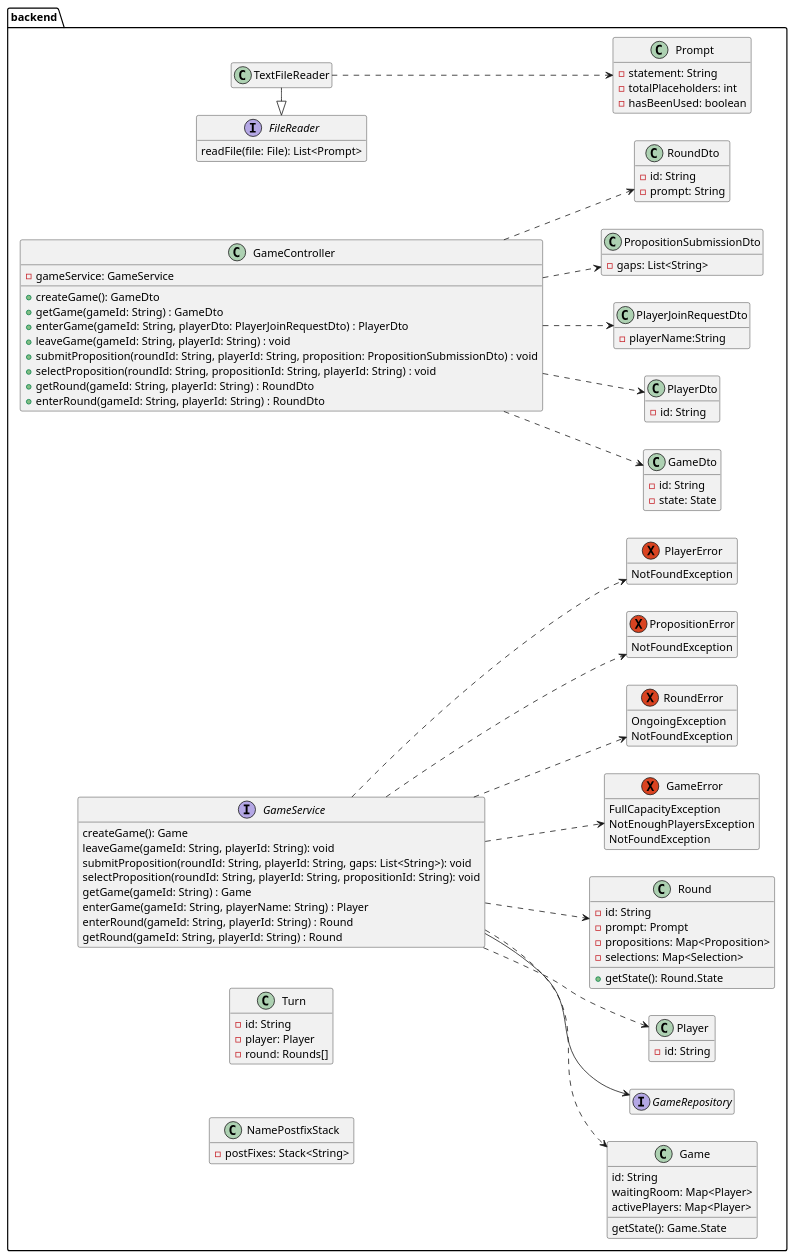
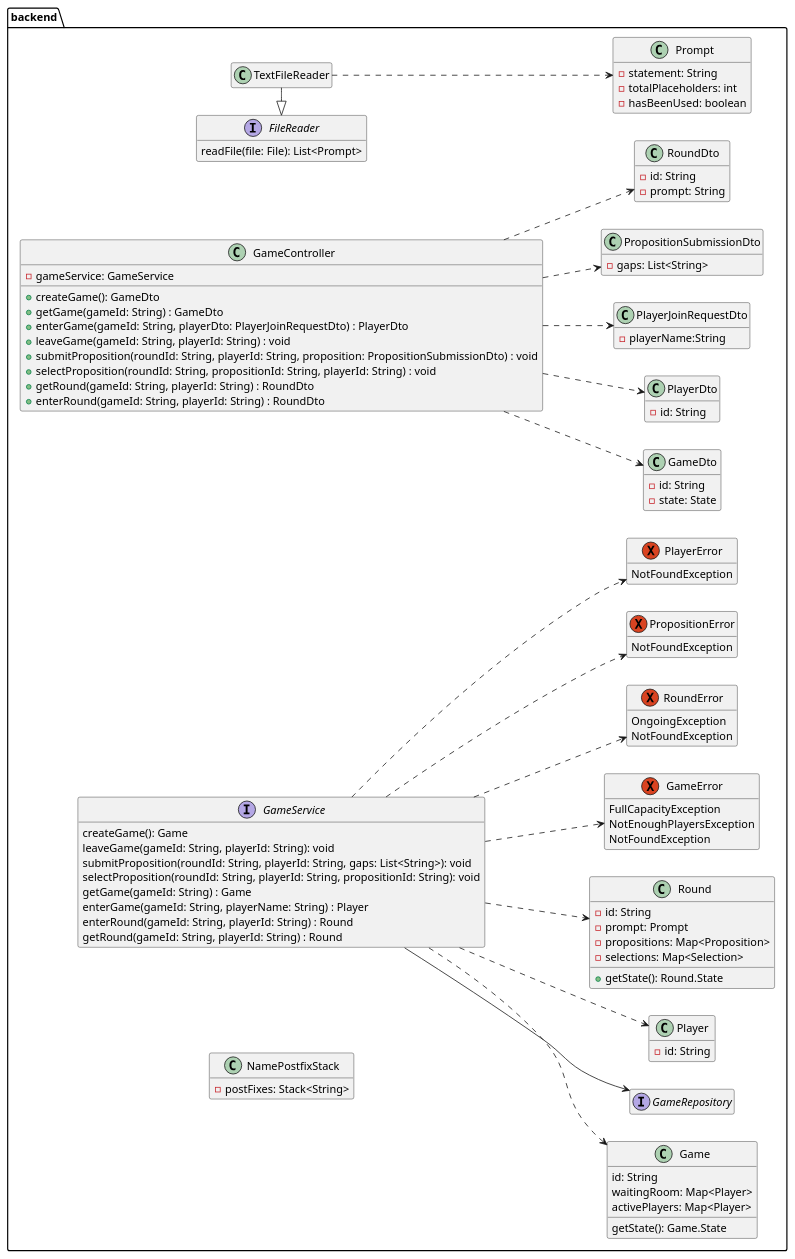
Before and after one commit to patrickwinti/worldwidewalter: the diagram in docs/diagrams/class_diagramm.plantuml, drawn with PlantUML.

Commit message:
deleted turn-class from uml

```diff
--- a/docs/diagrams/class_diagramm.plantuml
+++ b/docs/diagrams/class_diagramm.plantuml
@@ -1,116 +1,111 @@
 @startuml
 package backend{
     left to right direction
 
     hide empty members
     class GameController {
         -gameService: GameService
         +createGame(): GameDto
         +getGame(gameId: String) : GameDto
         +enterGame(gameId: String, playerDto: PlayerJoinRequestDto) : PlayerDto
         +leaveGame(gameId: String, playerId: String) : void
         +submitProposition(roundId: String, playerId: String, proposition: PropositionSubmissionDto) : void
         +selectProposition(roundId: String, propositionId: String, playerId: String) : void
         +getRound(gameId: String, playerId: String) : RoundDto
         +enterRound(gameId: String, playerId: String) : RoundDto
     }
     class GameDto {
         -id: String
         -state: State
     }
     class Game {
         id: String
         waitingRoom: Map<Player>
         activePlayers: Map<Player>
         getState(): Game.State
     }
     class Prompt{
         -statement: String
         -totalPlaceholders: int
         -hasBeenUsed: boolean
     }
 
     interface GameService{
        createGame(): Game
        leaveGame(gameId: String, playerId: String): void
        submitProposition(roundId: String, playerId: String, gaps: List<String>): void
        selectProposition(roundId: String, playerId: String, propositionId: String): void
        getGame(gameId: String) : Game
        enterGame(gameId: String, playerName: String) : Player
        enterRound(gameId: String, playerId: String) : Round
        getRound(gameId: String, playerId: String) : Round
     }
     interface GameRepository
     class PlayerDto {
         -id: String
     }
     class PlayerJoinRequestDto {
         -playerName:String
     }
     class PropositionSubmissionDto {
         -gaps: List<String>
     }
     class RoundDto {
         -id: String
         -prompt: String
     }
     class Player {
         -id: String
     }
-    class Turn {
-        -id: String
-        -player: Player
-        -round: Rounds[]
-    }
     class Round {
         -id: String
         -prompt: Prompt
         -propositions: Map<Proposition>
         -selections: Map<Selection>
         +getState(): Round.State
     }
     class NamePostfixStack {
         -postFixes: Stack<String>
     }
     exception GameError {
         FullCapacityException
         NotEnoughPlayersException
         NotFoundException
     }
     exception RoundError {
         OngoingException
         NotFoundException
     }
     exception PropositionError {
         NotFoundException
     }
     exception PlayerError {
         NotFoundException
     }
 
     interface FileReader{
         readFile(file: File): List<Prompt>
     }
 
     class TextFileReader
 
     GameController..>PlayerDto
     GameController..>PlayerJoinRequestDto
     GameController..>PropositionSubmissionDto
     GameController..>RoundDto
     GameController ..> GameDto
 
     GameService ..> Game
     GameService ..> Round
     GameService ..> Player
     GameService ..> GameError
     GameService ..> RoundError
     GameService ..> PlayerError
     GameService ..> PropositionError
     GameService --> GameRepository
 
     TextFileReader ..> Prompt
 }
 
     FileReader<|-TextFileReader
 @enduml
```
